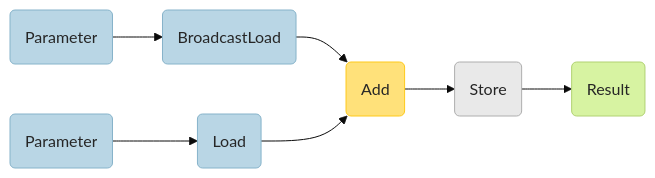
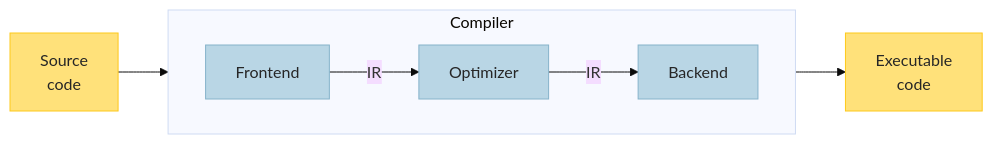
The sixth of 12 diagrams in src/common/snippets/docs/snippets_design_guide.md (openvinotoolkit/openvino), drawn with Mermaid (base theme) before and after one commit. The commit also changed other lines of this file and 1 other file, not shown here.

````diff
--- a/src/common/snippets/docs/snippets_design_guide.md
+++ b/src/common/snippets/docs/snippets_design_guide.md
@@ -172,17 +164,17 @@
 ```mermaid
-flowchart LR
-    nodeA1(Parameter) --> nodeA6(BroadcastLoad)
-    nodeA6(BroadcastLoad) --> nodeA2(Add)
-    nodeA3(Parameter) --> nodeA7(Load)
-    nodeA7(Load) --> nodeA2(Add)
-    nodeA2(Add) --> nodeA8(Store)
-    nodeA8(Store) --> nodeA5(Result)
-classDef carbon1 fill:#E9E9E9, stroke: #AEAEAE, color: #262626
-classDef moss1 fill:#D7F3A2, stroke: #B1D272, color: #262626
+ graph LR
+   Source[Source \n code]
+   Executable[Executable \n code]
+   subgraph Compiler [Compiler]
+      direction LR
+      Frontend-->|IR|Optimizer
+      Optimizer-->|IR|Backend
+   end
+   Source --> Frontend
+   Backend --> Executable
+classDef no-bg-color fill:none,stroke-width:0px
 classDef steel1 fill:#B9D6E5, stroke: #86B3CA, color: #262626
 classDef daisy1 fill:#FFE17A, stroke: #FEC91B, color: #262626
-class nodeA2 daisy1
-class nodeA5 moss1
-class nodeA8 carbon1
-class nodeA1,nodeA3,nodeA6,nodeA7 steel1
+class Frontend,Optimizer,Backend steel1
+class Source,Executable daisy1
 ```
````
